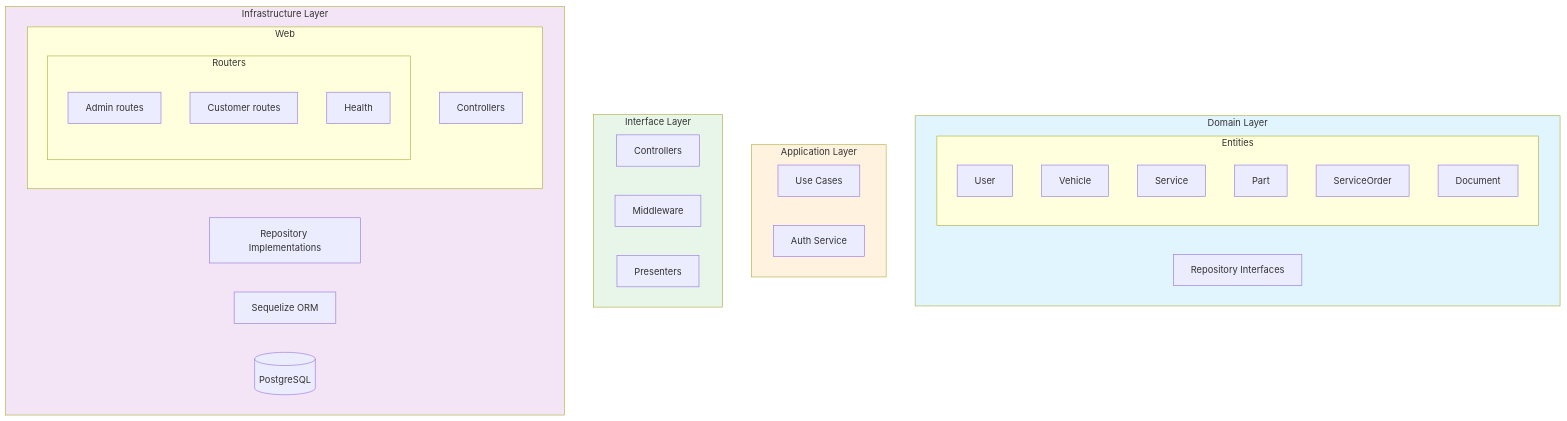
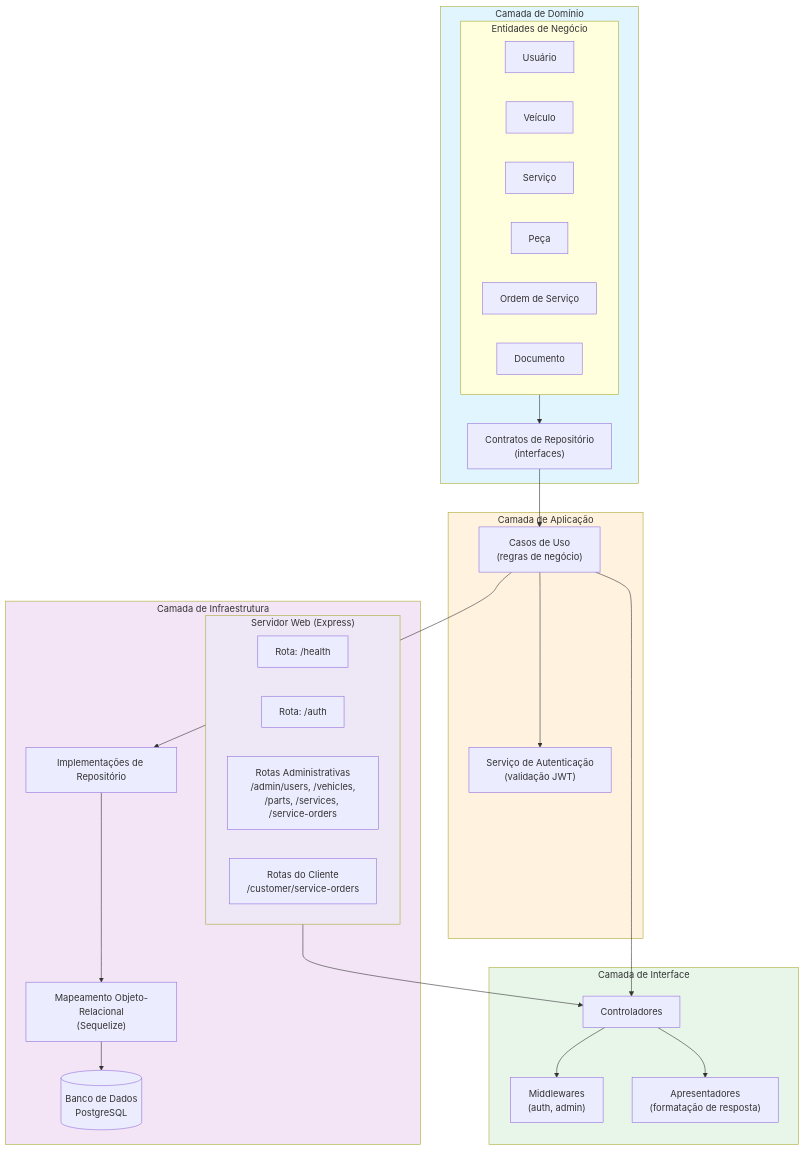
One commit to zmathmatos/fiap-soat-os-service changed the diagram in docs/application-components.mmd. Above: the diagram before and after it, drawn with Mermaid. The commit also changed 5 other files, not shown here.

```diff
--- a/docs/application-components.mmd
+++ b/docs/application-components.mmd
@@ -1,46 +1,56 @@
 ---
 config:
   layout: dagre
 ---
 flowchart TB
-    subgraph Entities["Entities"]
-        USER["User"]
-        VEHICLE["Vehicle"]
-        SERVICE["Service"]
-        PART["Part"]
-        SO["ServiceOrder"]
-        DOC["Document"]
-    end
-    subgraph Domain["Domain Layer"]
-        REPO_INT["Repository Interfaces"]
-        Entities
-    end
-    subgraph Application["Application Layer"]
-        UC["Use Cases"]
-        AUTH["Auth Service"]
-    end
-    subgraph Interface["Interface Layer"]
-        CTRL["Controllers"]
-        MW["Middleware"]
-        PRES["Presenters"]
-    end
-    subgraph ROUTERS["Routers"]
-        ROUTE_ADM["Admin routes"]
-        ROUTE_CUST["Customer routes"]
-        ROUTE_HEALTH["Health"]
-    end
-    subgraph IWeb["Web"]
-        WEB_CTRL["Controllers"]
-        ROUTERS["Routers"]
-    end
-    subgraph Infrastructure["Infrastructure Layer"]
-        REPO_IMPL["Repository Implementations"]
-        DB["Sequelize ORM"]
-        POSTGRES[("PostgreSQL")]
-        IWeb
+    subgraph Dominio["Camada de Domínio"]
+        subgraph Entidades["Entidades de Negócio"]
+            USER["Usuário"]
+            VEHICLE["Veículo"]
+            SERVICE["Serviço"]
+            PART["Peça"]
+            SO["Ordem de Serviço"]
+            DOC["Documento"]
+        end
+        REPO_INT["Contratos de Repositório\n(interfaces)"]
     end
 
-    style Domain fill:#e1f5fe
-    style Application fill:#fff3e0
-    style Infrastructure fill:#f3e5f5
+    subgraph Aplicacao["Camada de Aplicação"]
+        UC["Casos de Uso\n(regras de negócio)"]
+        AUTH_SVC["Serviço de Autenticação\n(validação JWT)"]
+    end
+
+    subgraph Interface["Camada de Interface"]
+        CTRL["Controladores"]
+        MW["Middlewares\n(auth, admin)"]
+        PRES["Apresentadores\n(formatação de resposta)"]
+    end
+
+    subgraph Infraestrutura["Camada de Infraestrutura"]
+        subgraph Web["Servidor Web (Express)"]
+            ROUTE_HEALTH["Rota: /health"]
+            ROUTE_AUTH["Rota: /auth"]
+            ROUTE_ADM["Rotas Administrativas\n/admin/users, /vehicles,\n/parts, /services, /service-orders"]
+            ROUTE_CUST["Rotas do Cliente\n/customer/service-orders"]
+        end
+        REPO_IMPL["Implementações de Repositório"]
+        ORM["Mapeamento Objeto-Relacional\n(Sequelize)"]
+        POSTGRES[("Banco de Dados\nPostgreSQL")]
+    end
+
+    Entidades --> REPO_INT
+    REPO_INT --> UC
+    UC --> AUTH_SVC
+    UC --> CTRL
+    CTRL --> MW
+    CTRL --> PRES
+    Web --> CTRL
+    REPO_IMPL --> ORM
+    ORM --> POSTGRES
+    UC --> REPO_IMPL
+
+    style Dominio fill:#e1f5fe
+    style Aplicacao fill:#fff3e0
     style Interface fill:#e8f5e9
+    style Infraestrutura fill:#f3e5f5
+    style Web fill:#ede7f6
```
